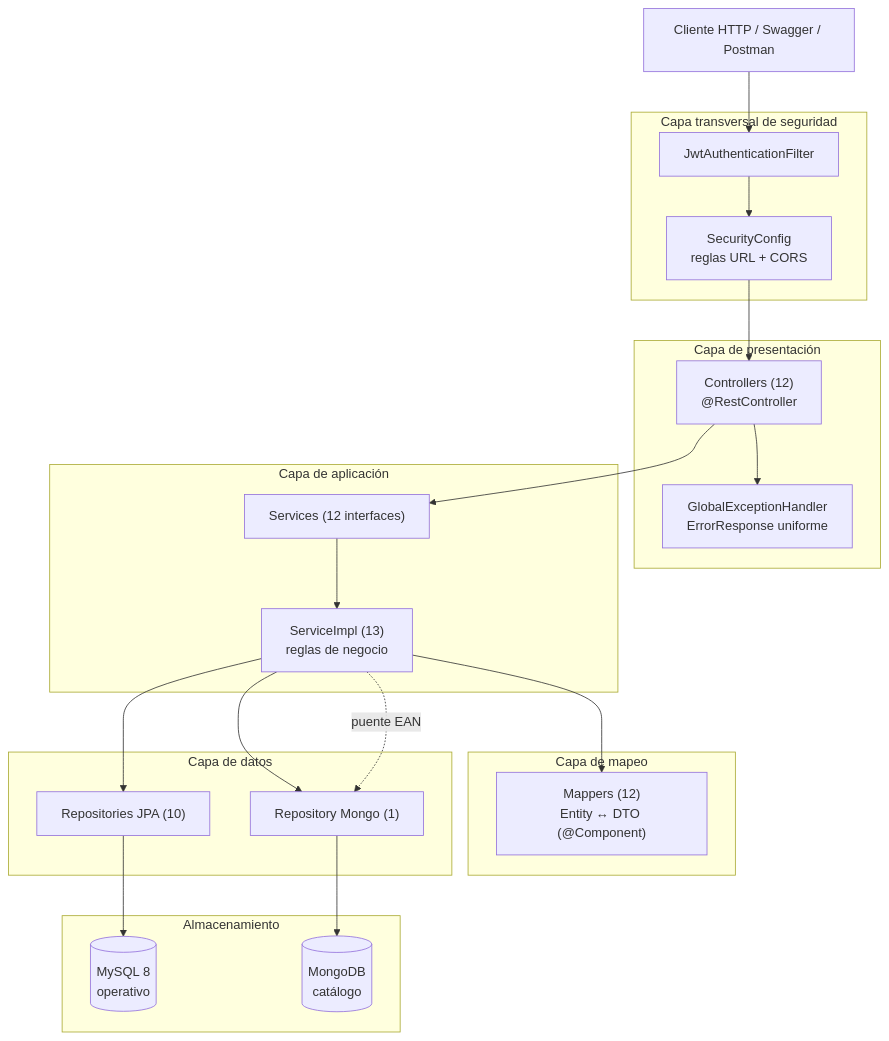
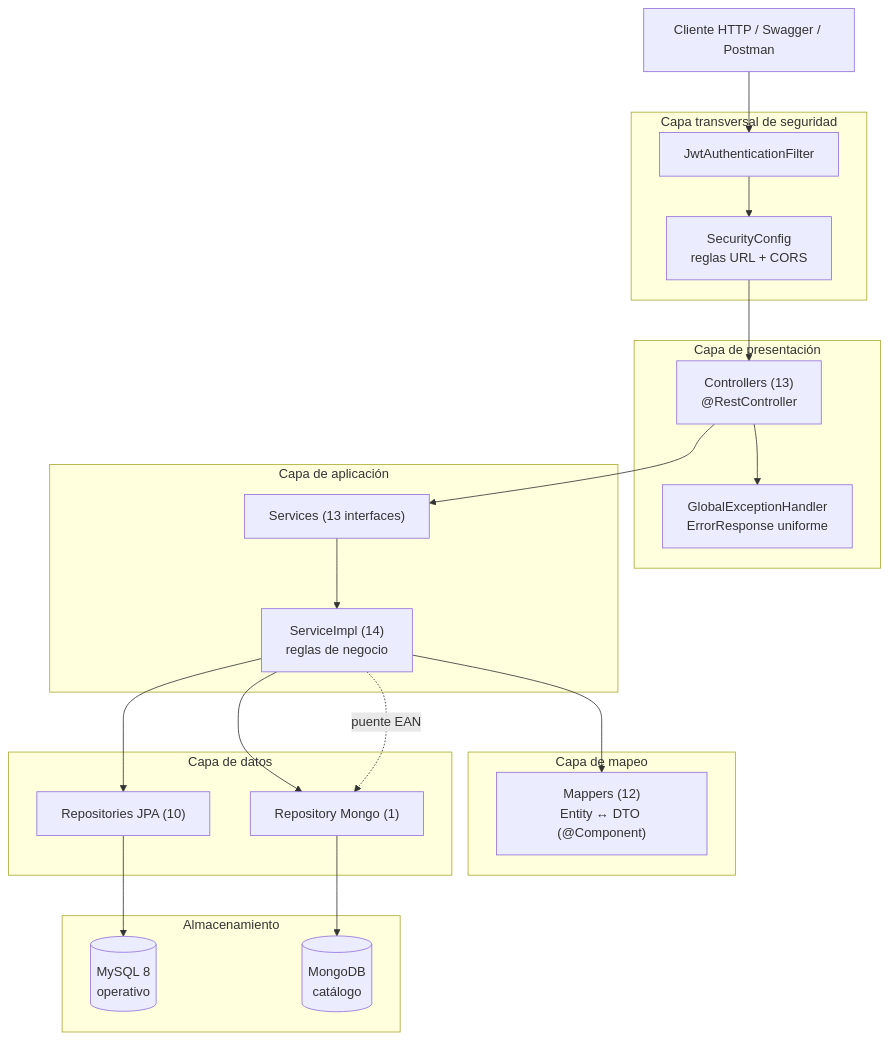
The first of 4 diagrams in README.md (luisprado89/technovald), drawn with Mermaid before and after one commit. The commit also changed other lines of this file, not shown here.

````diff
--- a/README.md
+++ b/README.md
@@ -102,44 +102,44 @@
 ```mermaid
 graph TD
     Client["Cliente HTTP / Swagger / Postman"]
 
     subgraph Security["Capa transversal de seguridad"]
         Filter["JwtAuthenticationFilter"]
         SecCfg["SecurityConfig<br/>reglas URL + CORS"]
     end
 
     subgraph Web["Capa de presentación"]
-        Controllers["Controllers (12)<br/>@RestController"]
+        Controllers["Controllers (13)<br/>@RestController"]
         Advice["GlobalExceptionHandler<br/>ErrorResponse uniforme"]
     end
 
     subgraph App["Capa de aplicación"]
-        Services["Services (12 interfaces)"]
-        Impls["ServiceImpl (13)<br/>reglas de negocio"]
+        Services["Services (13 interfaces)"]
+        Impls["ServiceImpl (14)<br/>reglas de negocio"]
     end
 
     subgraph Mapping["Capa de mapeo"]
         Mappers["Mappers (12)<br/>Entity ↔ DTO (@Component)"]
     end
 
     subgraph Data["Capa de datos"]
         RepoMy["Repositories JPA (10)"]
         RepoMo["Repository Mongo (1)"]
     end
 
     subgraph Stores["Almacenamiento"]
         MySQL[("MySQL 8<br/>operativo")]
         Mongo[("MongoDB<br/>catálogo")]
     end
 
     Client --> Filter --> SecCfg --> Controllers
     Controllers --> Advice
     Controllers --> Services
     Services --> Impls
     Impls --> Mappers
     Impls --> RepoMy
     Impls --> RepoMo
     RepoMy --> MySQL
     RepoMo --> Mongo
     Impls -.->|"puente EAN"| RepoMo
 ```
````
